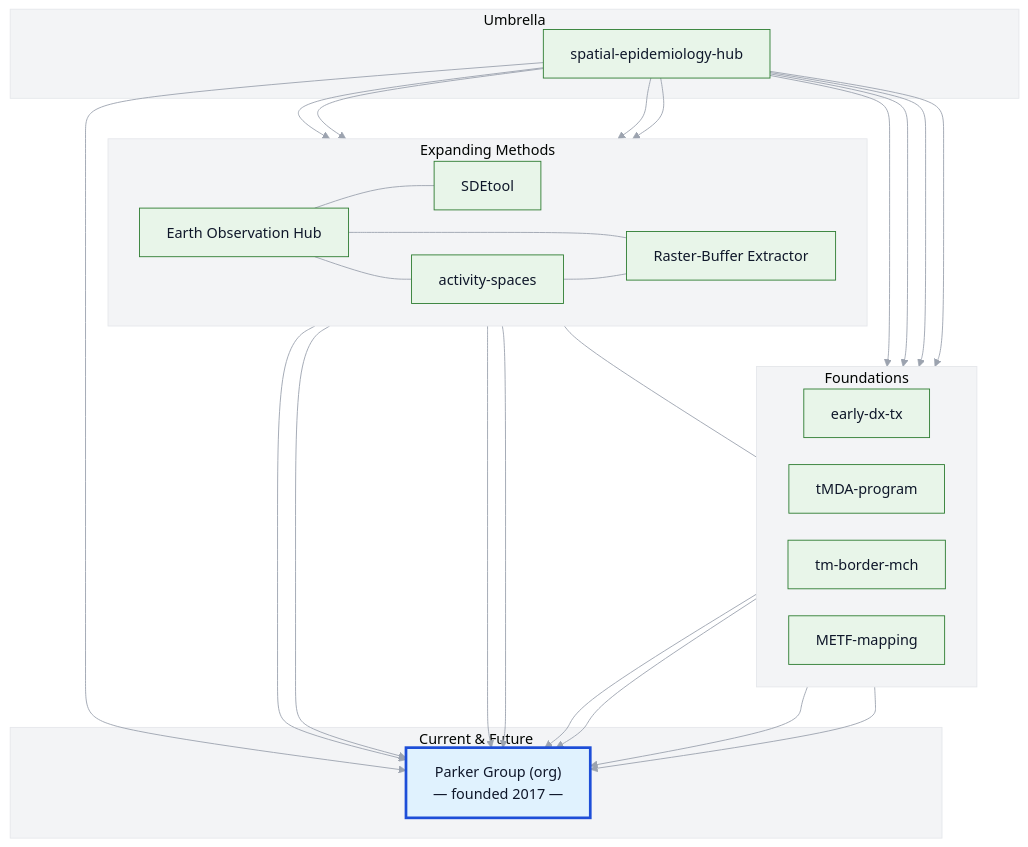
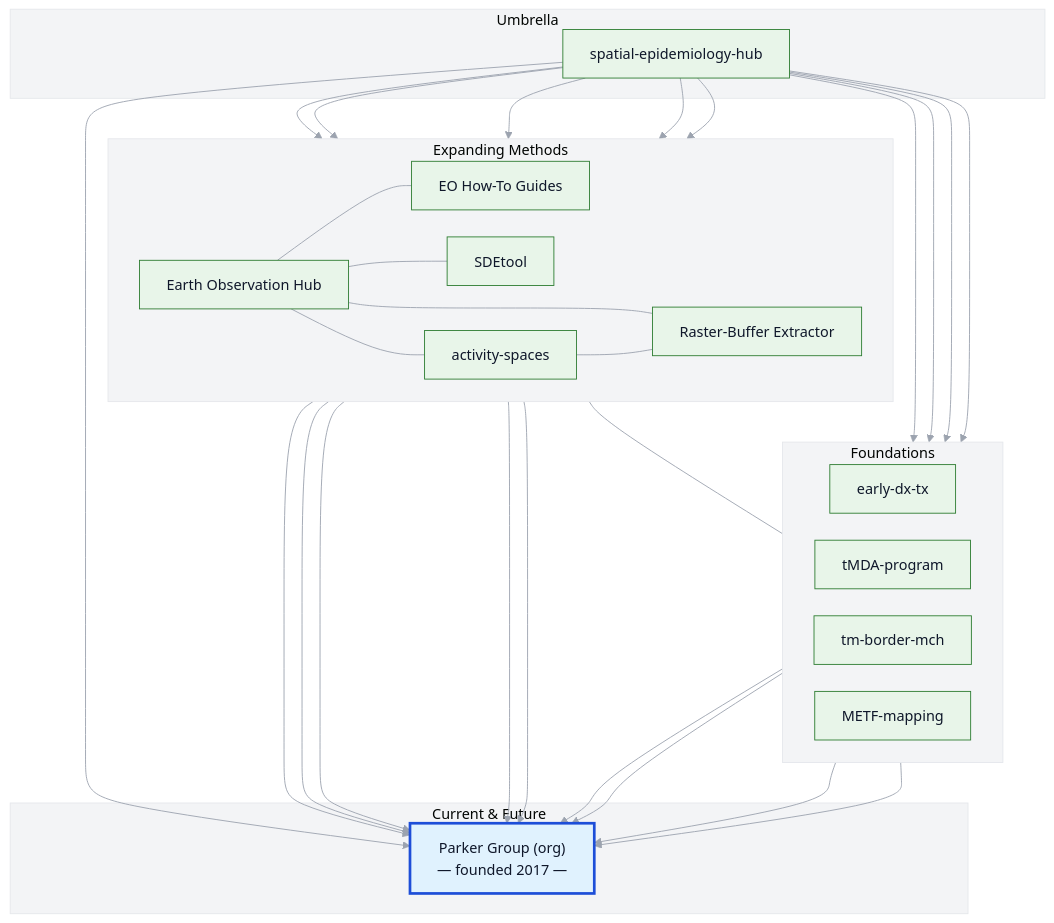
The diagram in README.md (DMParker1/spatial-epidemiology-hub), drawn with Mermaid before and after one commit. The commit also changed other lines of this file, not shown here.

````diff
--- a/README.md
+++ b/README.md
@@ -46,74 +47,76 @@
 ```mermaid
-%%{init: {"theme":"base","themeVariables":{
+%%{init: {"theme":"base","themeVariables": {
   "background":"#FAFAFA","clusterBkg":"#F3F4F6","clusterBorder":"#E5E7EB",
   "primaryColor":"#E8F5E9","primaryBorderColor":"#2E7D32",
   "primaryTextColor":"#0F172A","lineColor":"#9CA3AF"
 }, "flowchart":{"rankSpacing":45,"nodeSpacing":30}}}%%
 flowchart TB
   subgraph A[Foundations]
     direction LR
     EDT["early-dx-tx"]
     tMDA["tMDA-program"]
     MCH["tm-border-mch"]
     METF["METF-mapping"]
   end
   subgraph B[Expanding Methods]
     direction LR
     EO["Earth Observation Hub"]
+    HOWTO["EO How-To Guides"]
     SDE["SDEtool"]
     AS["activity-spaces"]
     RBE["Raster-Buffer Extractor"]
   end
   subgraph C[Umbrella]
     GIS["spatial-epidemiology-hub"]
   end
   subgraph D[Current & Future]
     PG["Parker Group (org)\n— founded 2017 —"]:::pg
   end
 
   %% Umbrella links
   GIS --> EDT
   GIS --> tMDA
   GIS --> MCH
   GIS --> METF
   GIS --> EO
+  GIS --> HOWTO
   GIS --> SDE
   GIS --> AS
   GIS --> RBE
   GIS --> PG
 
   %% Method interplay
+  EO --- HOWTO
   EO --- SDE
   EO --- AS
   EO --- RBE
   AS --- RBE
   AS --- tMDA
 
   %% Convergence to Parker Group
   EO --> PG
+  HOWTO --> PG
   SDE --> PG
   AS --> PG
   RBE --> PG
   METF --> PG
   tMDA --> PG
   EDT --> PG
   MCH --> PG
 
-  %% Clickable links for ALL nodes
+  %% Clickable links
   click GIS "https://github.com/DMParker1/spatial-epidemiology-hub" "spatial-epidemiology-hub"
   click EDT "https://github.com/DMParker1/early-dx-tx" "early-dx-tx repository"
   click tMDA "https://github.com/DMParker1/tmda-program" "tMDA-program repository"
   click MCH "https://github.com/DMParker1/tm-border-mch" "tm-border-mch repository"
   click METF "https://github.com/DMParker1/METF-mapping" "METF-mapping repository"
   click EO "https://github.com/DMParker1/earth-observation-hub" "Earth Observation Hub"
+  click HOWTO "https://github.com/parker-group/earth-observation-howto" "EO How-To Guides"
   click SDE "https://github.com/parker-group/SDEtool" "SDEtool package"
   click AS "https://github.com/DMParker1/activity-spaces" "activity-spaces repository"
   click RBE "https://github.com/CatalinaMedina/aedes-serology/tree/main/helper-functions" "Raster-Buffer Extractor helper functions"
   click PG "https://github.com/parker-group" "Parker Group organization"
 
   %% Highlight Parker Group node
   classDef pg fill:#E0F2FE,stroke:#1D4ED8,stroke-width:3px;
-
-
-
 ```
````
